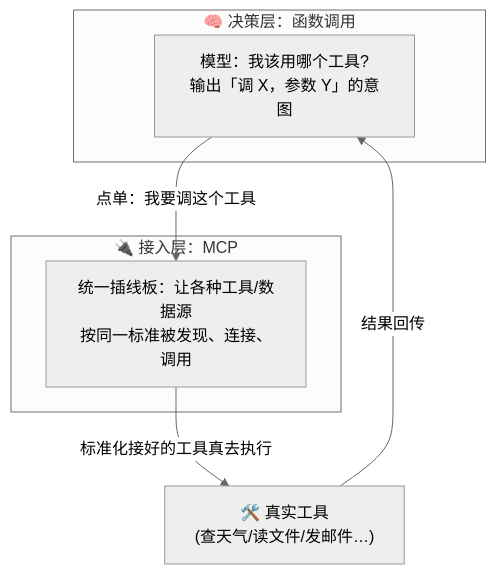
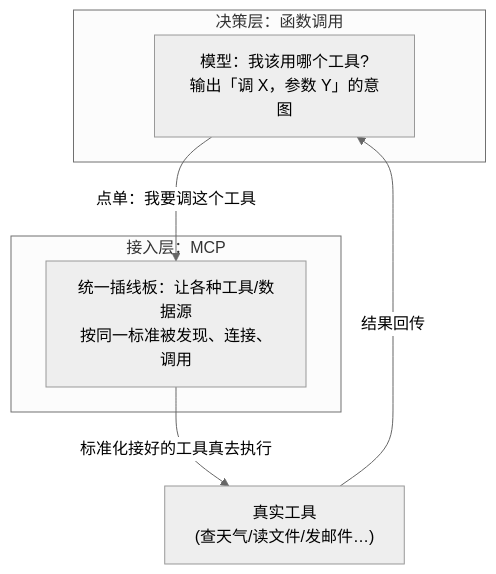
Before and after one commit to luckykhy/KhyAiHub: the first of 2 diagrams in docs/02_CONCEPTS_概念入门/CONCEPT/[CONCEPT-30] 函数调用与MCP辨析.md, drawn with Mermaid (neutral theme). The commit also changed other lines of this file and 19 other files, not shown here.

````diff
--- a/docs/02_CONCEPTS_概念入门/CONCEPT/[CONCEPT-30] 函数调用与MCP辨析.md
+++ b/docs/02_CONCEPTS_概念入门/CONCEPT/[CONCEPT-30] 函数调用与MCP辨析.md
@@ -40,12 +40,12 @@
 ```mermaid
 flowchart TB
-  subgraph L1["🧠 决策层：函数调用"]
+  subgraph L1["决策层：函数调用"]
     M["模型：我该用哪个工具?<br/>输出「调 X，参数 Y」的意图"]
   end
-  subgraph L2["🔌 接入层：MCP"]
+  subgraph L2["接入层：MCP"]
     P["统一插线板：让各种工具/数据源<br/>按同一标准被发现、连接、调用"]
   end
   M -->|"点单：我要调这个工具"| P
-  P -->|"标准化接好的工具真去执行"| T["🛠️ 真实工具<br/>(查天气/读文件/发邮件…)"]
+  P -->|"标准化接好的工具真去执行"| T["真实工具<br/>(查天气/读文件/发邮件…)"]
   T -->|"结果回传"| M
 ```
````
